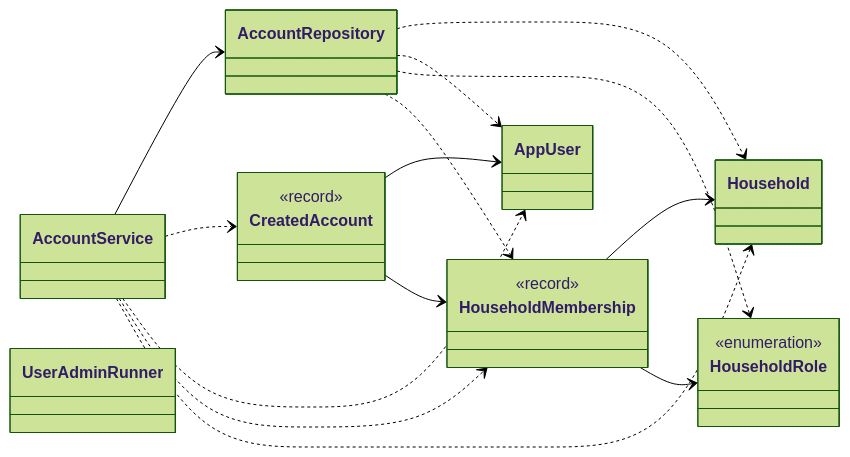
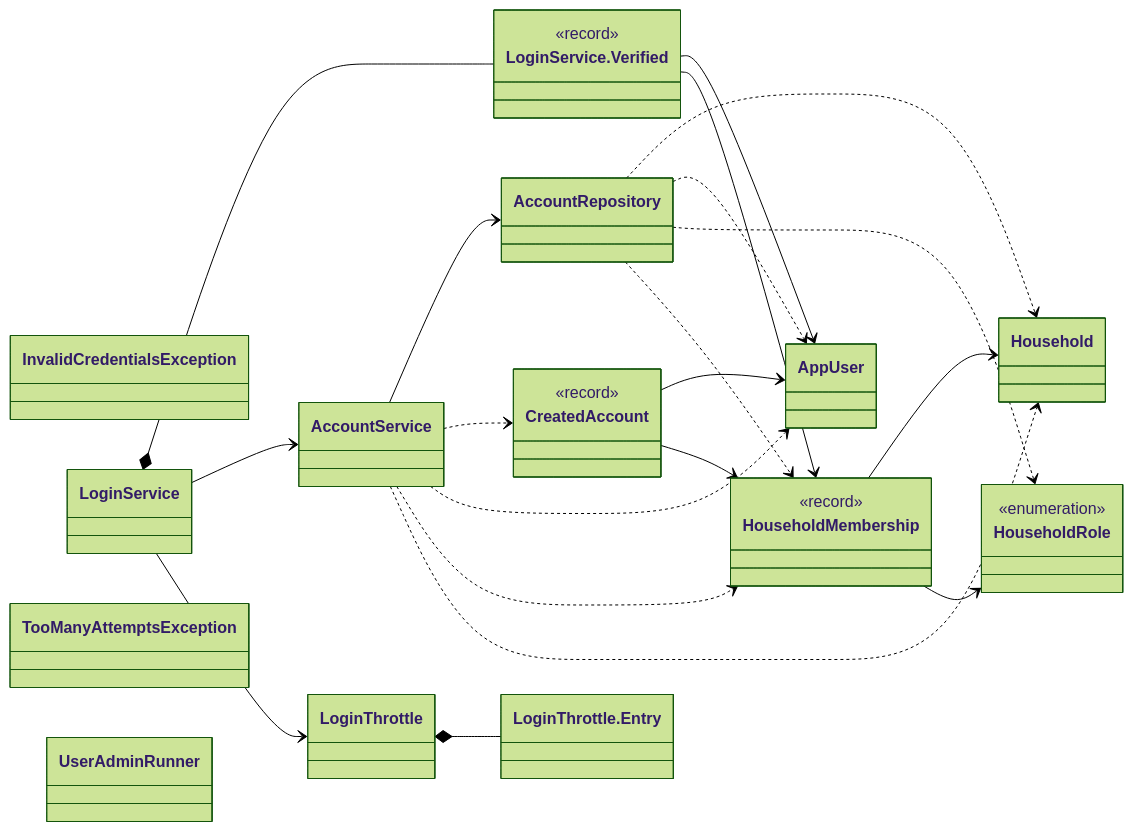
The first of 15 diagrams in docs/classes/auth.md (Nate-ryan-7690/dahaem), drawn with Mermaid (forest theme) before and after one commit. The commit also changed other lines of this file and 4 other files, not shown here.

````diff
--- a/docs/classes/auth.md
+++ b/docs/classes/auth.md
@@ -11,31 +11,45 @@
 ```mermaid
 classDiagram
     direction LR
     class auth_AccountRepository["AccountRepository"]
     class auth_AccountService["AccountService"]
     class auth_AppUser["AppUser"]
     class auth_CreatedAccount["CreatedAccount"] {
         <<record>>
     }
     class auth_Household["Household"]
     class auth_HouseholdMembership["HouseholdMembership"] {
         <<record>>
     }
     class auth_HouseholdRole["HouseholdRole"] {
         <<enumeration>>
     }
+    class auth_InvalidCredentialsException["InvalidCredentialsException"]
+    class auth_LoginService["LoginService"]
+    class auth_LoginService_Verified["LoginService.Verified"] {
+        <<record>>
+    }
+    class auth_LoginThrottle["LoginThrottle"]
+    class auth_LoginThrottle_Entry["LoginThrottle.Entry"]
+    class auth_TooManyAttemptsException["TooManyAttemptsException"]
     class auth_UserAdminRunner["UserAdminRunner"]
     auth_AccountRepository ..> auth_Household
     auth_AccountRepository ..> auth_AppUser
     auth_AccountRepository ..> auth_HouseholdRole
     auth_AccountRepository ..> auth_HouseholdMembership
     auth_AccountService --> auth_AccountRepository
     auth_AccountService ..> auth_CreatedAccount
     auth_AccountService ..> auth_AppUser
     auth_AccountService ..> auth_HouseholdMembership
     auth_AccountService ..> auth_Household
     auth_CreatedAccount --> auth_AppUser
     auth_CreatedAccount --> auth_HouseholdMembership
     auth_HouseholdMembership --> auth_Household
     auth_HouseholdMembership --> auth_HouseholdRole
+    auth_LoginService *-- auth_LoginService_Verified
+    auth_LoginService --> auth_AccountService
+    auth_LoginService --> auth_LoginThrottle
+    auth_LoginService_Verified --> auth_AppUser
+    auth_LoginService_Verified --> auth_HouseholdMembership
+    auth_LoginThrottle *-- auth_LoginThrottle_Entry
 ```
````
